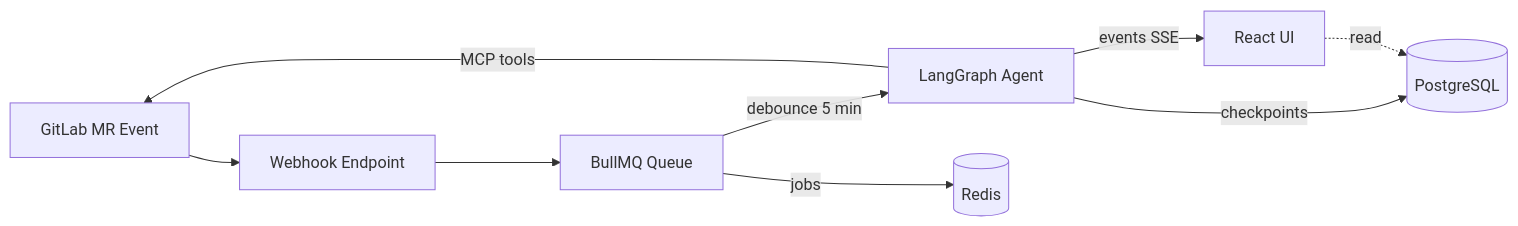
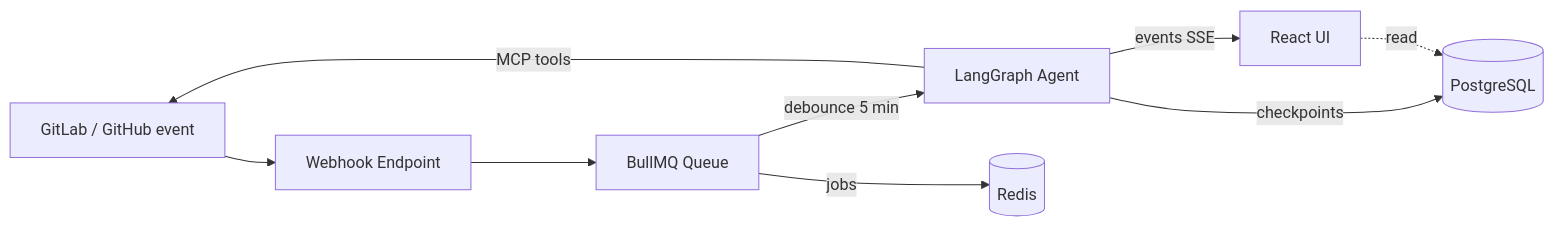
One commit to vrajpal-jhala/langgraph-harness changed the first of 3 diagrams in backend/README.md. Above: the diagram before and after it, drawn with Mermaid. The commit also changed other lines of this file and 1 other file, not shown here.

````diff
--- a/backend/README.md
+++ b/backend/README.md
@@ -7,11 +7,11 @@
 ```mermaid
 flowchart LR
-    GL[GitLab MR Event] --> WH[Webhook Endpoint]
+    GL[GitLab / GitHub event] --> WH[Webhook Endpoint]
     WH --> Q[BullMQ Queue]
     Q -->|debounce 5 min| AG[LangGraph Agent]
     AG -->|MCP tools| GL
     AG -->|checkpoints| PG[(PostgreSQL)]
     AG -->|events SSE| UI[React UI]
     Q -->|jobs| RD[(Redis)]
     UI -.read.-> PG
 ```
````
